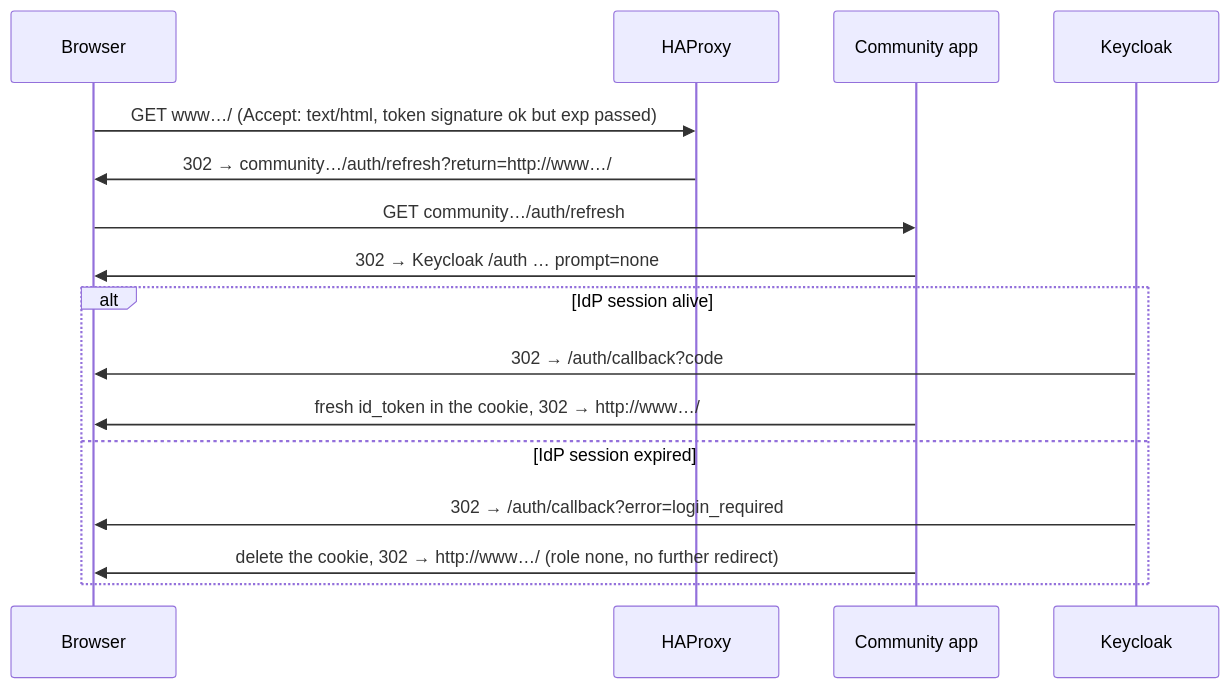
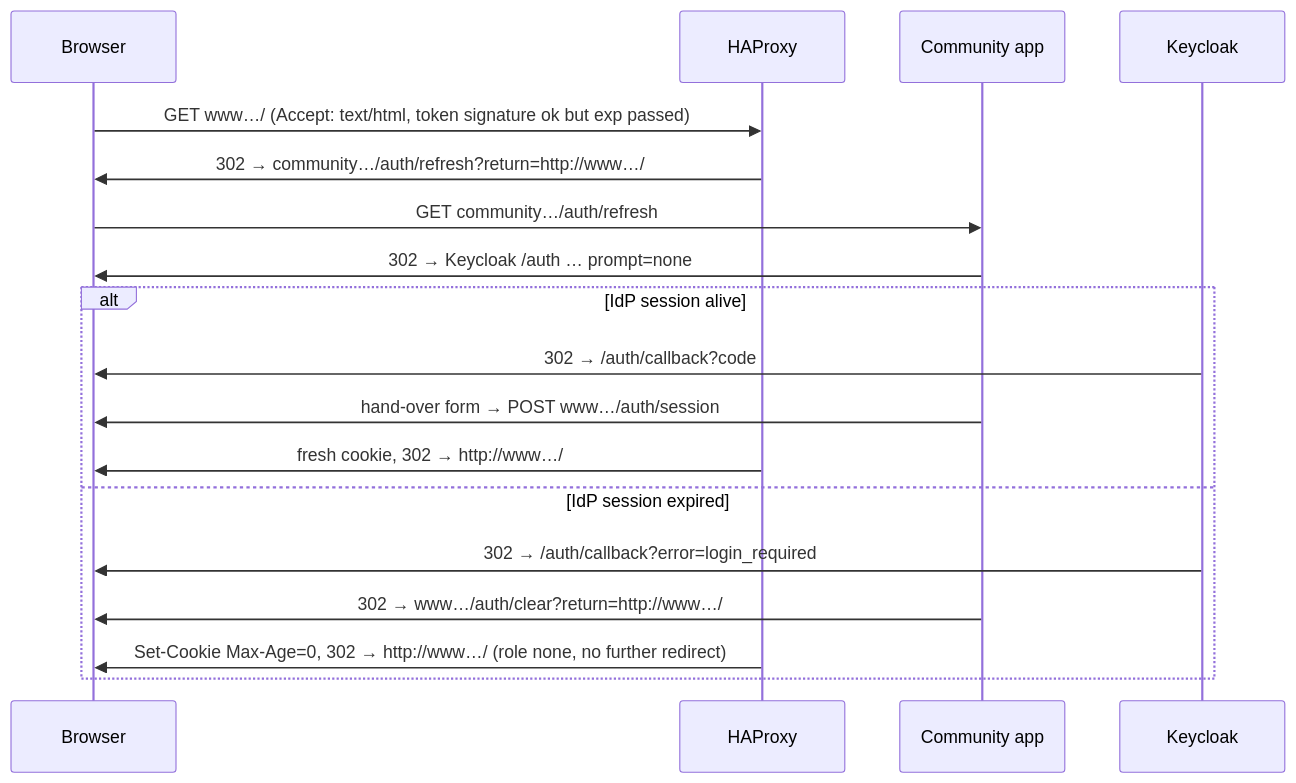
One commit to correctiv/oidc-wp-prototype changed the fourth of 4 diagrams in README.md. Above: the diagram before and after it, drawn with Mermaid. The commit also changed other lines of this file and 6 other files, not shown here.

First line of the commit message:
Host-only cookies: hand the token to the website via HAProxy

````diff
--- a/README.md
+++ b/README.md
@@ -135,18 +140,20 @@
 ```mermaid
 sequenceDiagram
     participant B as Browser
     participant H as HAProxy
     participant C as Community app
     participant K as Keycloak
     B->>H: GET www…/ (Accept: text/html, token signature ok but exp passed)
     H->>B: 302 → community…/auth/refresh?return=http://www…/
     B->>C: GET community…/auth/refresh
     C->>B: 302 → Keycloak /auth … prompt=none
     alt IdP session alive
         K->>B: 302 → /auth/callback?code
-        C->>B: fresh id_token in the cookie, 302 → http://www…/
+        C->>B: hand-over form → POST www…/auth/session
+        H->>B: fresh cookie, 302 → http://www…/
     else IdP session expired
         K->>B: 302 → /auth/callback?error=login_required
-        C->>B: delete the cookie, 302 → http://www…/ (role none, no further redirect)
+        C->>B: 302 → www…/auth/clear?return=http://www…/
+        H->>B: Set-Cookie Max-Age=0, 302 → http://www…/ (role none, no further redirect)
     end
 ```
````
